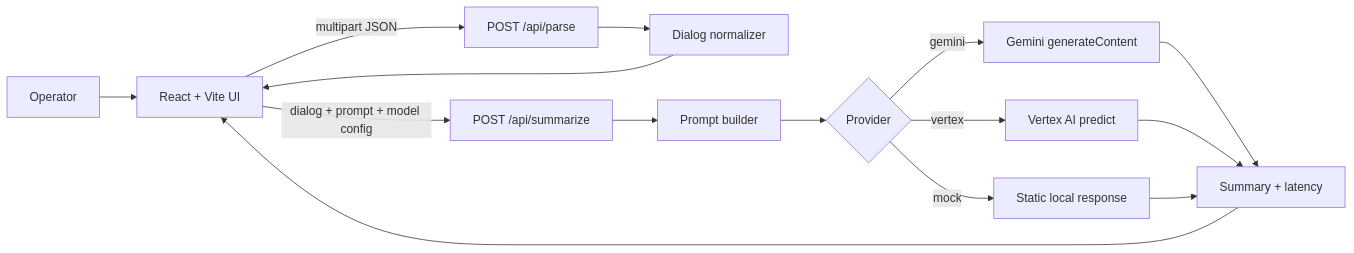
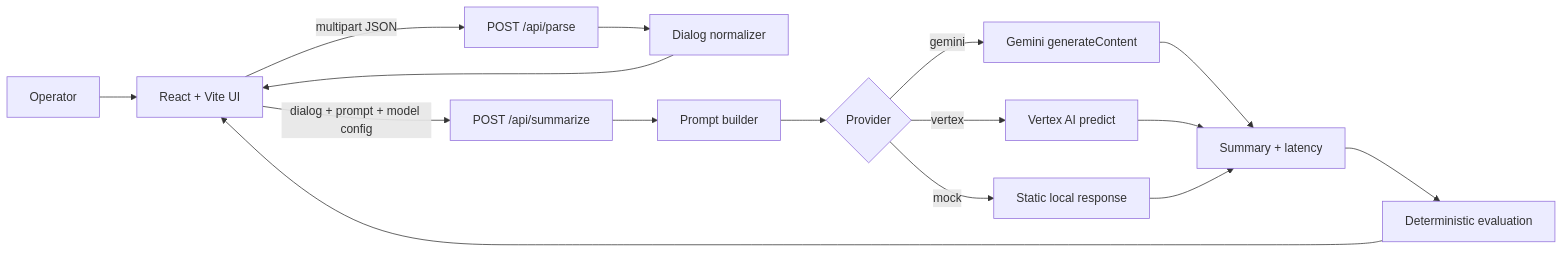
The first of 2 diagrams in README.md (infisble/testAndteachmodelForSummary), drawn with Mermaid before and after one commit. The commit also changed other lines of this file and 5 other files, not shown here.

````diff
--- a/README.md
+++ b/README.md
@@ -40,17 +47,18 @@
 ```mermaid
 flowchart LR
   U[Operator] --> F[React + Vite UI]
   F -->|multipart JSON| P[POST /api/parse]
   P --> N[Dialog normalizer]
   N --> F
   F -->|dialog + prompt + model config| S[POST /api/summarize]
   S --> B[Prompt builder]
   B --> R{Provider}
   R -->|mock| M[Static local response]
   R -->|gemini| G[Gemini generateContent]
   R -->|vertex| V[Vertex AI predict]
   G --> O[Summary + latency + token usage]
   V --> O[Summary + latency]
   M --> O
-  O --> F
+  O --> A[Deterministic evaluation]
+  A --> F
 ```
````
